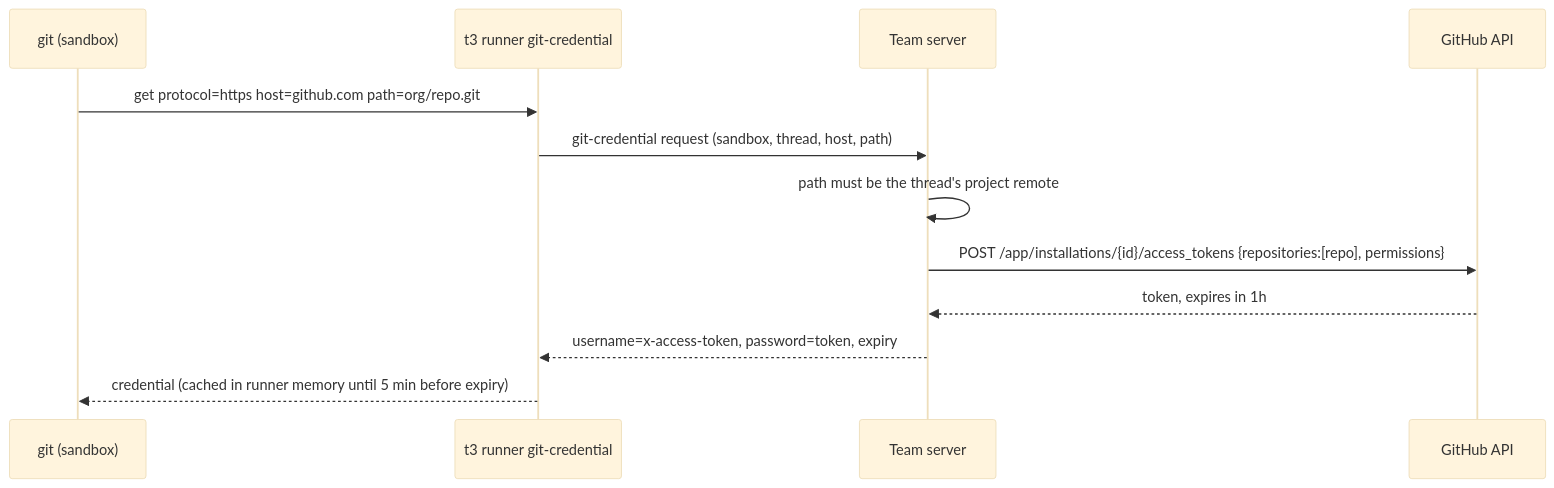
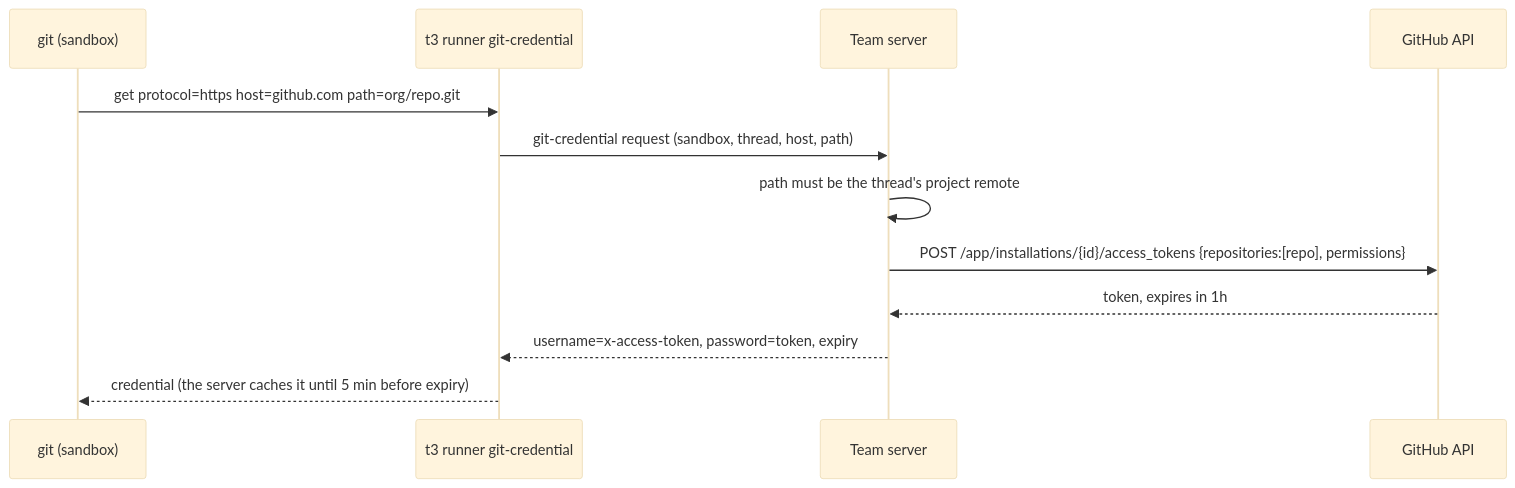
One commit to rutvikchandla3/pair changed the third of 3 diagrams in docs/product/cloud/06-credentials-and-security.md. Above: the diagram before and after it, drawn with Mermaid (base theme). The commit also changed other lines of this file and 3 other files, not shown here.

````diff
--- a/docs/product/cloud/06-credentials-and-security.md
+++ b/docs/product/cloud/06-credentials-and-security.md
@@ -313,14 +313,14 @@
 ```mermaid
 sequenceDiagram
   participant G as git (sandbox)
   participant H as t3 runner git-credential
   participant S as Team server
   participant GH as GitHub API
   G->>H: get protocol=https host=github.com path=org/repo.git
   H->>S: git-credential request (sandbox, thread, host, path)
   S->>S: path must be the thread's project remote
   S->>GH: POST /app/installations/{id}/access_tokens {repositories:[repo], permissions}
   GH-->>S: token, expires in 1h
   S-->>H: username=x-access-token, password=token, expiry
-  H-->>G: credential (cached in runner memory until 5 min before expiry)
+  H-->>G: credential (the server caches it until 5 min before expiry)
 ```
````
